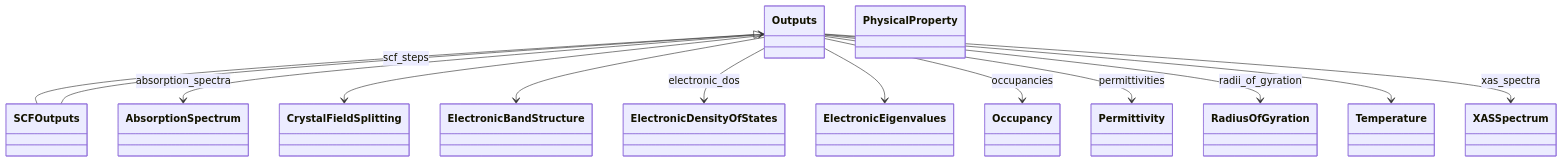
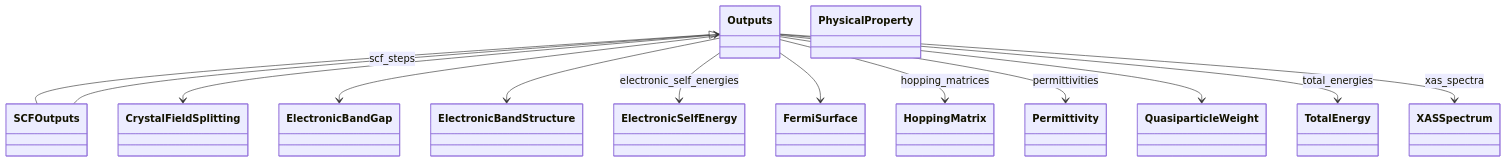
Before and after one commit to FAIRmat-NFDI/nomad-simulations: the second of 2 diagrams in docs/schema/outputs.diagram.md, drawn with Mermaid. The commit also changed 9 other files, not shown here.

````diff
--- a/docs/schema/outputs.diagram.md
+++ b/docs/schema/outputs.diagram.md
@@ -68,41 +68,41 @@
 ```mermaid
 classDiagram
-    class AbsorptionSpectrum {
+    class CrystalFieldSplitting {
     }
-    class CrystalFieldSplitting {
+    class ElectronicBandGap {
     }
     class ElectronicBandStructure {
     }
-    class ElectronicDensityOfStates {
+    class ElectronicSelfEnergy {
     }
-    class ElectronicEigenvalues {
+    class FermiSurface {
     }
-    class Occupancy {
+    class HoppingMatrix {
     }
     class Outputs {
     }
     class Permittivity {
     }
     class PhysicalProperty {
     }
-    class RadiusOfGyration {
+    class QuasiparticleWeight {
     }
     class SCFOutputs {
     }
-    class Temperature {
+    class TotalEnergy {
     }
     class XASSpectrum {
     }
     Outputs <|-- SCFOutputs
-    Outputs --> AbsorptionSpectrum : absorption_spectra
     Outputs --> CrystalFieldSplitting
+    Outputs --> ElectronicBandGap
     Outputs --> ElectronicBandStructure
-    Outputs --> ElectronicDensityOfStates : electronic_dos
-    Outputs --> ElectronicEigenvalues
-    Outputs --> Occupancy : occupancies
+    Outputs --> ElectronicSelfEnergy : electronic_self_energies
+    Outputs --> FermiSurface
+    Outputs --> HoppingMatrix : hopping_matrices
     Outputs --> Permittivity : permittivities
-    Outputs --> RadiusOfGyration : radii_of_gyration
-    Outputs --> Temperature
+    Outputs --> QuasiparticleWeight
+    Outputs --> TotalEnergy : total_energies
     Outputs --> XASSpectrum : xas_spectra
     SCFOutputs --> Outputs : scf_steps
 ```
````
